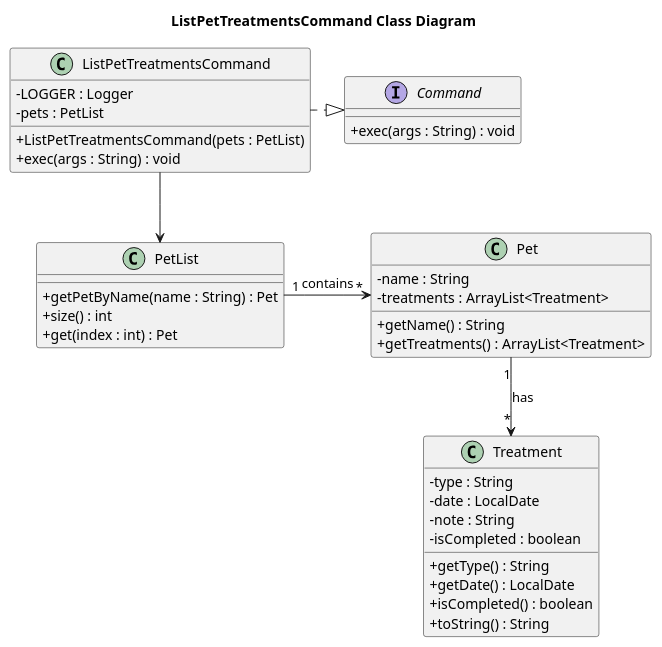
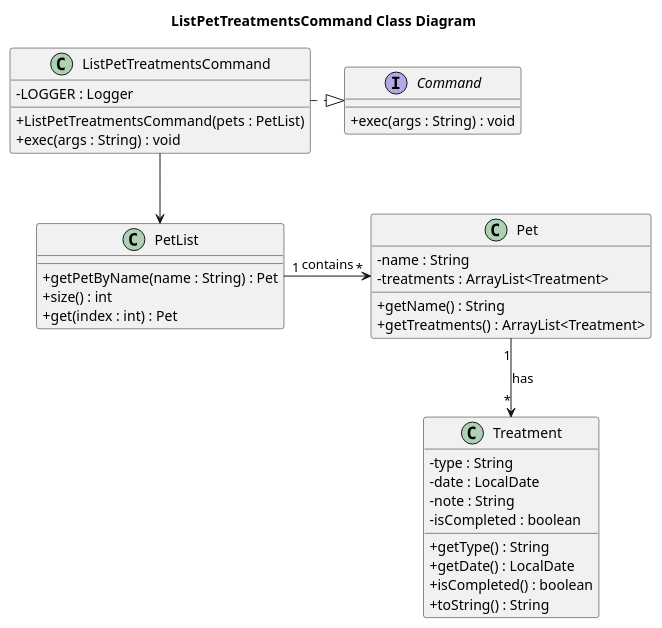
One commit to Kevin88866/tp changed the diagram in docs/uml/ListPetTreatmentsCommand.puml. Above: the diagram before and after it, drawn with PlantUML. The commit also changed 1 other file, not shown here.

Commit message:
Update ListPetTreatmentsCommand class diagram

```diff
--- a/docs/uml/ListPetTreatmentsCommand.puml
+++ b/docs/uml/ListPetTreatmentsCommand.puml
@@ -1,52 +1,51 @@
 @startuml
 skinparam classAttributeIconSize 0
 title ListPetTreatmentsCommand Class Diagram
 
 ' =====================
 ' Classes
 ' =====================
 
 interface Command {
     + exec(args : String) : void
 }
 
 class ListPetTreatmentsCommand {
     - LOGGER : Logger
-    - pets : PetList
     + ListPetTreatmentsCommand(pets : PetList)
     + exec(args : String) : void
 }
 
 class PetList {
     + getPetByName(name : String) : Pet
     + size() : int
     + get(index : int) : Pet
 }
 
 class Pet {
     - name : String
     - treatments : ArrayList<Treatment>
     + getName() : String
     + getTreatments() : ArrayList<Treatment>
 }
 
 class Treatment {
     - type : String
     - date : LocalDate
     - note : String
     - isCompleted : boolean
     + getType() : String
     + getDate() : LocalDate
     + isCompleted() : boolean
     + toString() : String
 }
 
 ' =====================
 ' Relationships
 ' =====================
 
 ListPetTreatmentsCommand .|> Command
 ListPetTreatmentsCommand --> PetList
 PetList "1" -> "*" Pet : contains
 Pet "1" --> "*" Treatment : has
 @enduml
```
